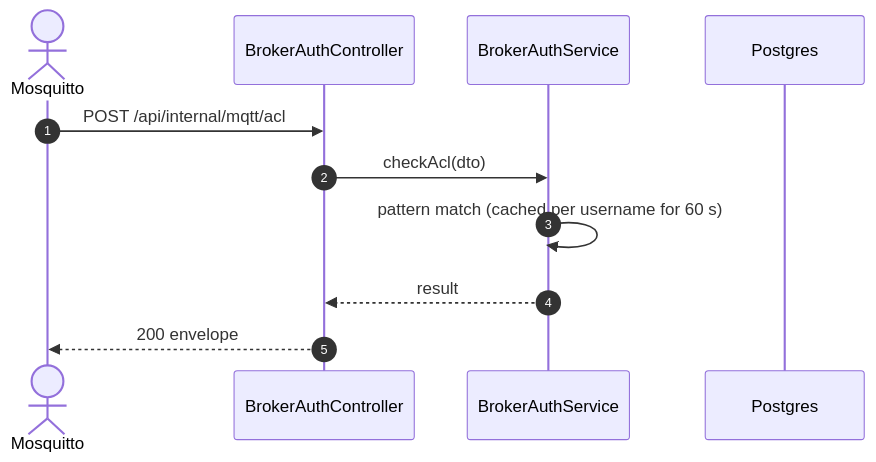
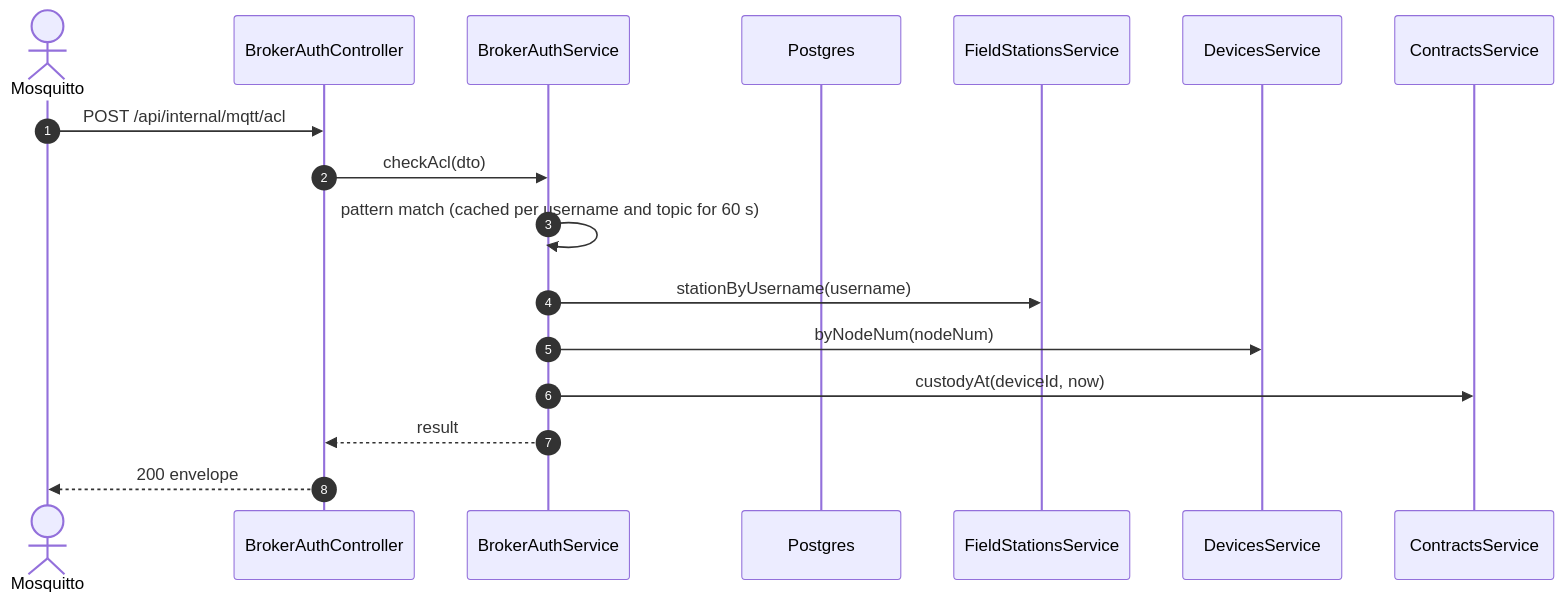
One commit to TrekLink-Team/treklink-web changed the second of 2 diagrams in specs/gateway-sync/api-design/02-post-internal-mqtt-acl.md. Above: the diagram before and after it, drawn with Mermaid. The commit also changed other lines of this file and 5 other files, not shown here.

First line of the commit message:
docs: gate Field Station uplinks behind a flag and the custody of its organization

````diff
--- a/specs/gateway-sync/api-design/02-post-internal-mqtt-acl.md
+++ b/specs/gateway-sync/api-design/02-post-internal-mqtt-acl.md
@@ -161,13 +163,19 @@
 ```mermaid
 sequenceDiagram
     autonumber
     actor C as Mosquitto
     participant Ctl as BrokerAuthController
     participant Svc as BrokerAuthService
     participant DB as Postgres
+    participant Org as FieldStationsService
+    participant Dev as DevicesService
+    participant Rt as ContractsService
     C->>Ctl: POST /api/internal/mqtt/acl
     Ctl->>Svc: checkAcl(dto)
-    Svc->>Svc: pattern match (cached per username for 60 s)
+    Svc->>Svc: pattern match (cached per username and topic for 60 s)
+    Svc->>Org: stationByUsername(username)
+    Svc->>Dev: byNodeNum(nodeNum)
+    Svc->>Rt: custodyAt(deviceId, now)
     Svc-->>Ctl: result
     Ctl-->>C: 200 envelope
 ```
````
